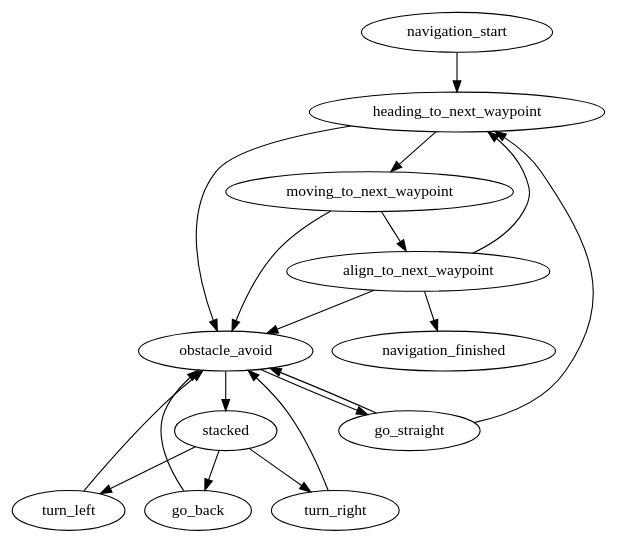
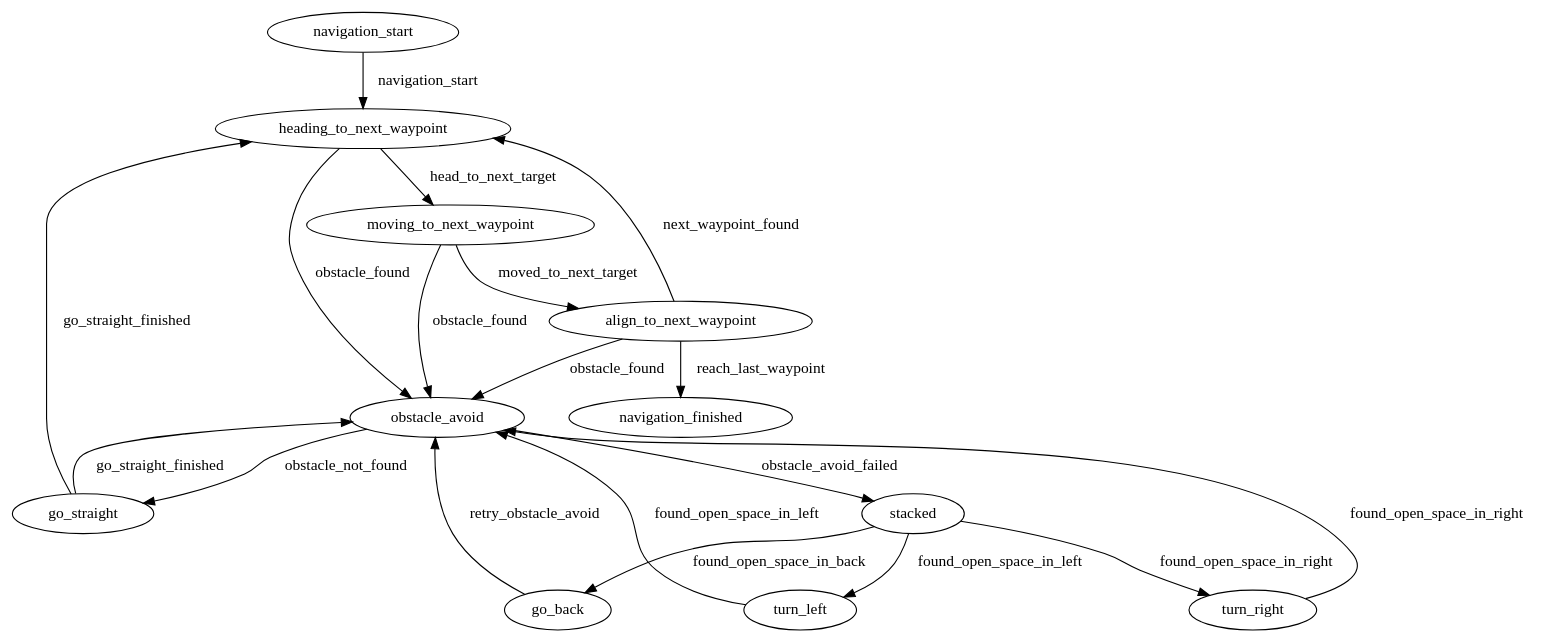
Before and after one commit to OUXT-Polaris/robotx_core: the diagram in robotx_decision_maker/data/navigation_state_machine.dot, drawn with Graphviz. The commit also changed 4 other files, not shown here.

```diff
--- a/robotx_decision_maker/data/navigation_state_machine.dot
+++ b/robotx_decision_maker/data/navigation_state_machine.dot
@@ -1,31 +1,31 @@
 digraph G {
 0[label=navigation_start];
 1[label=heading_to_next_waypoint];
 2[label=moving_to_next_waypoint];
 3[label=obstacle_avoid];
 4[label=align_to_next_waypoint];
 5[label=go_straight];
 6[label=stacked];
 7[label=go_back];
 8[label=turn_right];
 9[label=turn_left];
 10[label=navigation_finished];
-0->1 ;
-1->2 ;
-1->3 ;
-2->4 ;
-2->3 ;
-3->5 ;
-3->6 ;
-6->7 ;
-6->8 ;
-6->9 ;
-7->3 ;
-8->3 ;
-9->3 ;
-5->1 ;
-5->3 ;
-4->3 ;
-4->1 ;
-4->10 ;
+0->1 [label=navigation_start];
+1->2 [label=head_to_next_target];
+1->3 [label=obstacle_found];
+2->4 [label=moved_to_next_target];
+2->3 [label=obstacle_found];
+3->5 [label=obstacle_not_found];
+3->6 [label=obstacle_avoid_failed];
+6->7 [label=found_open_space_in_back];
+6->8 [label=found_open_space_in_right];
+6->9 [label=found_open_space_in_left];
+7->3 [label=retry_obstacle_avoid];
+8->3 [label=found_open_space_in_right];
+9->3 [label=found_open_space_in_left];
+5->1 [label=go_straight_finished];
+5->3 [label=go_straight_finished];
+4->3 [label=obstacle_found];
+4->1 [label=next_waypoint_found];
+4->10 [label=reach_last_waypoint];
 }
```
